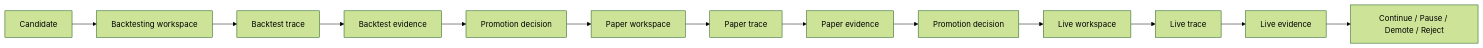
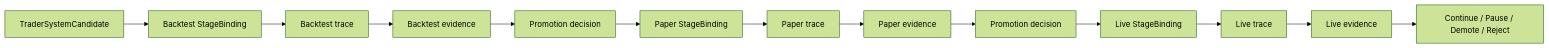
Before and after one commit to openboa-ai/ouroboros: the diagram in wiki/architecture/specs/03-staged-evaluation.md, drawn with Mermaid (forest theme). The commit also changed other lines of this file and 80 other files, not shown here.

Commit message:
docs: lock mlp-01 architecture design baseline

````diff
--- a/wiki/architecture/specs/03-staged-evaluation.md
+++ b/wiki/architecture/specs/03-staged-evaluation.md
@@ -299,15 +261,15 @@
 ```mermaid
 flowchart LR
-    A["Candidate"] --> B["Backtesting workspace"]
+    A["TraderSystemCandidate"] --> B["Backtest StageBinding"]
     B --> C["Backtest trace"]
     C --> D["Backtest evidence"]
     D --> E["Promotion decision"]
-    E --> F["Paper workspace"]
+    E --> F["Paper StageBinding"]
     F --> G["Paper trace"]
     G --> H["Paper evidence"]
     H --> I["Promotion decision"]
-    I --> J["Live workspace"]
+    I --> J["Live StageBinding"]
     J --> K["Live trace"]
     K --> L["Live evidence"]
     L --> M["Continue / Pause / Demote / Reject"]
 ```
````
